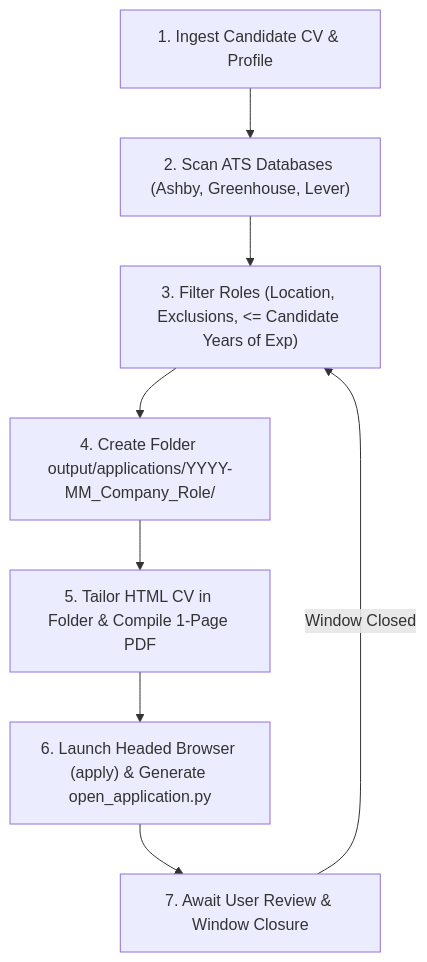
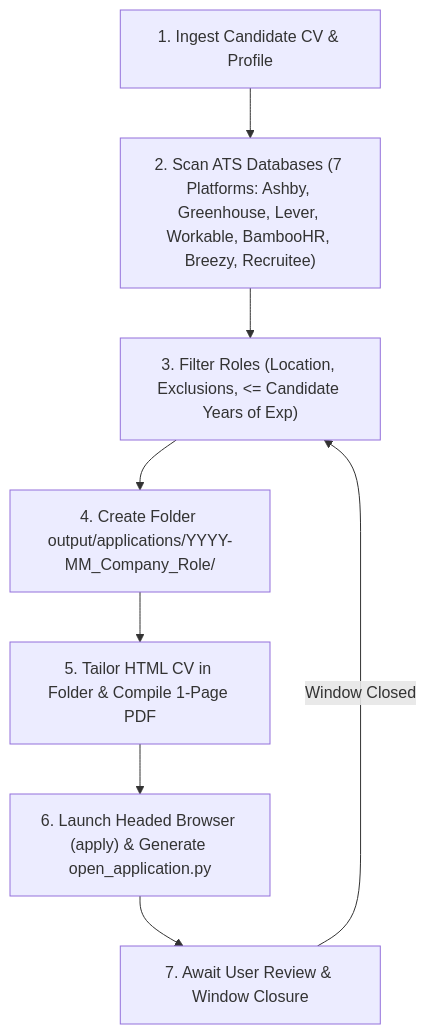
Before and after one commit to matiasoliveraqa/job-hunter: the diagram in AGENT_INSTRUCTIONS.md, drawn with Mermaid. The commit also changed 10 other files, not shown here.

````diff
--- a/AGENT_INSTRUCTIONS.md
+++ b/AGENT_INSTRUCTIONS.md
@@ -12,10 +12,10 @@
 ```mermaid
 flowchart TD
-    A["1. Ingest Candidate CV & Profile"] --> B["2. Scan ATS Databases (Ashby, Greenhouse, Lever)"]
+    A["1. Ingest Candidate CV & Profile"] --> B["2. Scan ATS Databases (7 Platforms: Ashby, Greenhouse, Lever, Workable, BambooHR, Breezy, Recruitee)"]
     B --> C["3. Filter Roles (Location, Exclusions, <= Candidate Years of Exp)"]
     C --> D["4. Create Folder output/applications/YYYY-MM_Company_Role/"]
     D --> E["5. Tailor HTML CV in Folder & Compile 1-Page PDF"]
     E --> F["6. Launch Headed Browser (apply) & Generate open_application.py"]
     F --> G["7. Await User Review & Window Closure"]
     G -->|Window Closed| C
 ```
````
